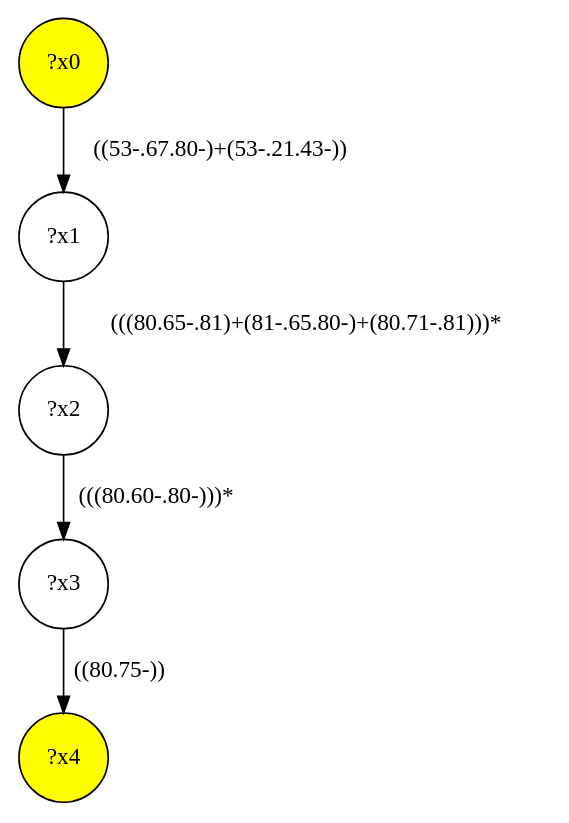
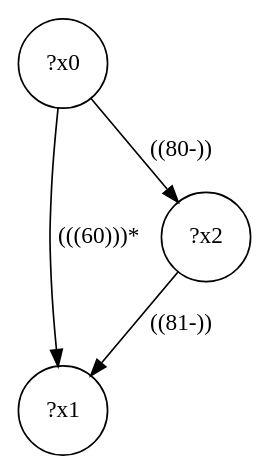
The diagram in lib/gmark/demo/shop/shop-interface/query-43.dot (MathieuGicquel/federated-benchmark), drawn with Graphviz before and after one commit. The commit also changed 361 other files, not shown here.

```diff
--- a/lib/gmark/demo/shop/shop-interface/query-43.dot
+++ b/lib/gmark/demo/shop/shop-interface/query-43.dot
@@ -1,11 +1,8 @@
 digraph g {
-	x0 [fillcolor="yellow", style="filled," shape=circle, label="?x0"];
-	x4 [fillcolor="yellow", style="filled," shape=circle, label="?x4"];
+	x0 [shape=circle, label="?x0"];
 	x1 [shape=circle, label="?x1"];
-	x0 -> x1 [label="((53-.67.80-)+(53-.21.43-))"];
+	x0 -> x1 [label="(((60)))*"];
 	x2 [shape=circle, label="?x2"];
-	x1 -> x2 [label="(((80.65-.81)+(81-.65.80-)+(80.71-.81)))*"];
-	x3 [shape=circle, label="?x3"];
-	x2 -> x3 [label="(((80.60-.80-)))*"];
-	x3 -> x4 [label="((80.75-))"];
+	x0 -> x2 [label="((80-))"];
+	x2 -> x1 [label="((81-))"];
 }
```
